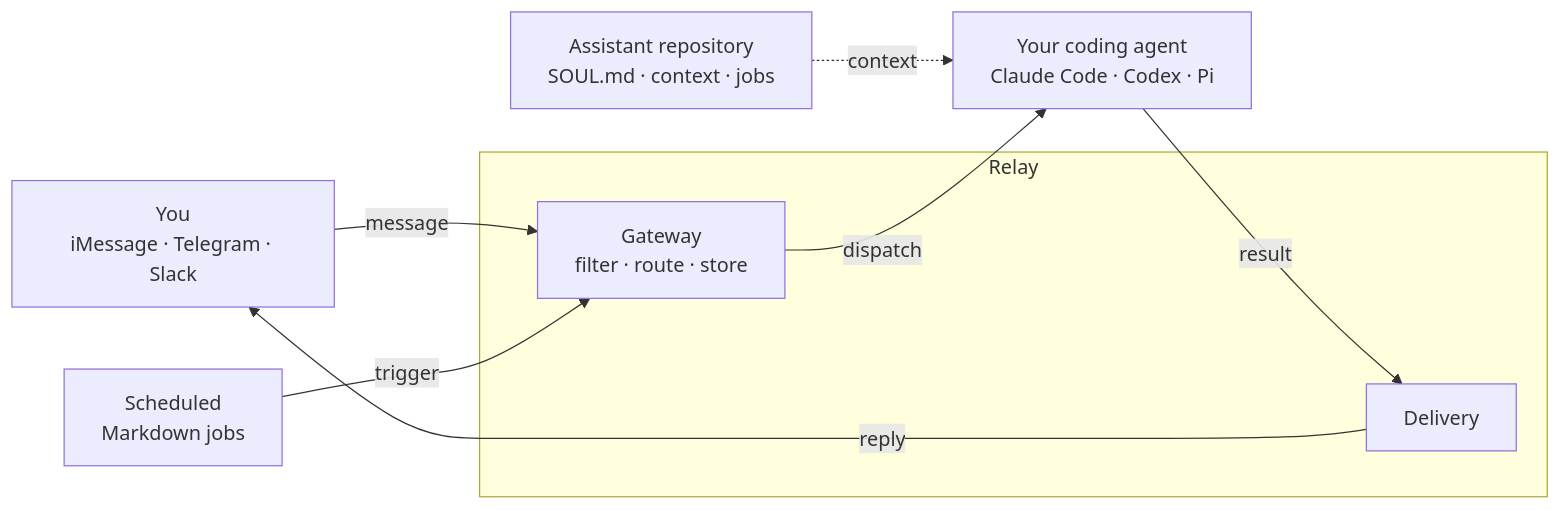
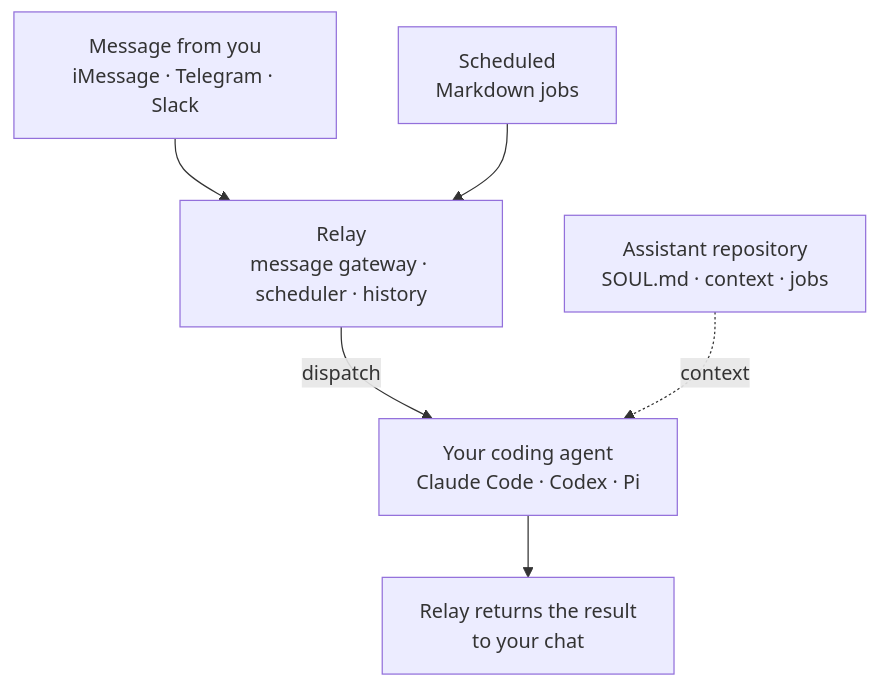
The diagram in README.md (edheltzel/Relay), drawn with Mermaid before and after one commit.

Commit message:
docs: simplify the README diagram

````diff
--- a/README.md
+++ b/README.md
@@ -43,19 +43,15 @@
 ```mermaid
-flowchart LR
-    You["You<br/>iMessage · Telegram · Slack"]
+flowchart TD
+    Message["Message from you<br/>iMessage · Telegram · Slack"]
     Jobs["Scheduled<br/>Markdown jobs"]
     Repo["Assistant repository<br/>SOUL.md · context · jobs"]
+    Relay["Relay<br/>message gateway · scheduler · history"]
     Agent["Your coding agent<br/>Claude Code · Codex · Pi"]
+    Reply["Relay returns the result<br/>to your chat"]
 
-    subgraph Relay
-        Gateway["Gateway<br/>filter · route · store"]
-        Delivery["Delivery"]
-    end
-
-    You -->|message| Gateway
-    Jobs -->|trigger| Gateway
-    Gateway -->|dispatch| Agent
+    Message --> Relay
+    Jobs --> Relay
+    Relay -->|dispatch| Agent
     Repo -. context .-> Agent
-    Agent -->|result| Delivery
-    Delivery -->|reply| You
+    Agent --> Reply
 ```
````
